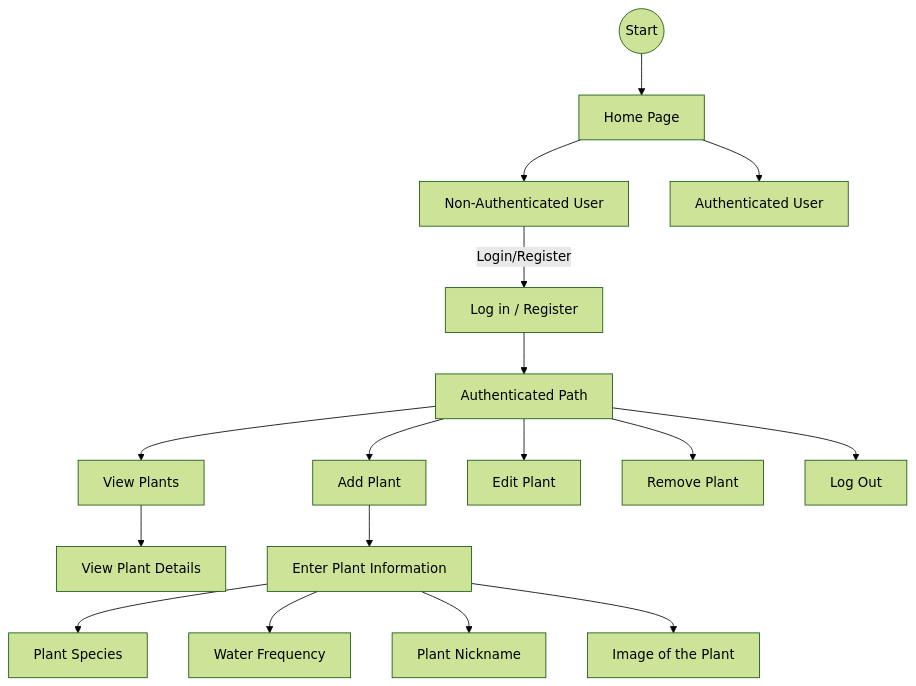
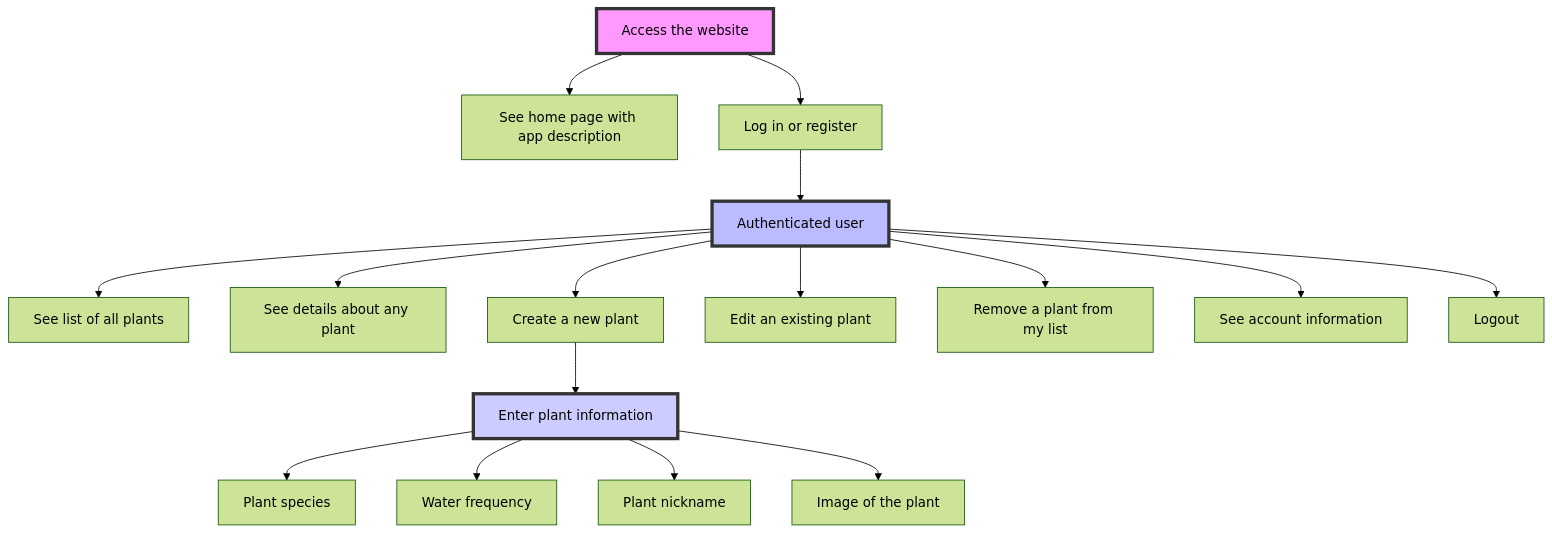
The diagram in README.md (ivantko/Capstone), drawn with Mermaid (forest theme) before and after one commit.

````diff
--- a/README.md
+++ b/README.md
@@ -1,28 +1,21 @@
 ```mermaid
 flowchart TD
-    start((Start)) --> home["Home Page"]
-    home --> nonAuth["Non-Authenticated User"]
-    home --> auth["Authenticated User"]
-
-    nonAuth -->|Login/Register| loginReg["Log in / Register"]
-    loginReg --> authPath["Authenticated Path"]
-
-    authPath --> viewPlants["View Plants"]
-    authPath --> addPlant["Add Plant"]
-    authPath --> editPlant["Edit Plant"]
-    authPath --> removePlant["Remove Plant"]
-    authPath --> logout["Log Out"]
-
-    viewPlants --> plantDetails["View Plant Details"]
-    addPlant --> enterPlantInfo["Enter Plant Information"]
-
-    enterPlantInfo --> plantSpecies["Plant Species"]
-    enterPlantInfo --> waterFrequency["Water Frequency"]
-    enterPlantInfo --> plantNickname["Plant Nickname"]
-    enterPlantInfo --> plantImage["Image of the Plant"]
-
-    classDef nonAuth fill:#f9f,stroke:#333;
-    classDef auth fill:#bbf,stroke:#333;
-    classDef action fill:#ccf,stroke:#333;
-
+    A["Access the website"] --> B["See home page with app description"]
+    A --> C["Log in or register"]
+    C --> D["Authenticated user"]
+    D --> E["See list of all plants"]
+    D --> F["See details about any plant"]
+    D --> G["Create a new plant"]
+    G --> H["Enter plant information"]
+    H --> I["Plant species"]
+    H --> J["Water frequency"]
+    H --> K["Plant nickname"]
+    H --> L["Image of the plant"]
+    D --> M["Edit an existing plant"]
+    D --> N["Remove a plant from my list"]
+    D --> O["See account information"]
+    D --> P["Logout"]
+    style A fill:#f9f,stroke:#333,stroke-width:4px
+    style D fill:#bbf,stroke:#333,stroke-width:4px
+    style H fill:#ccf,stroke:#333,stroke-width:4px
 ```
````
